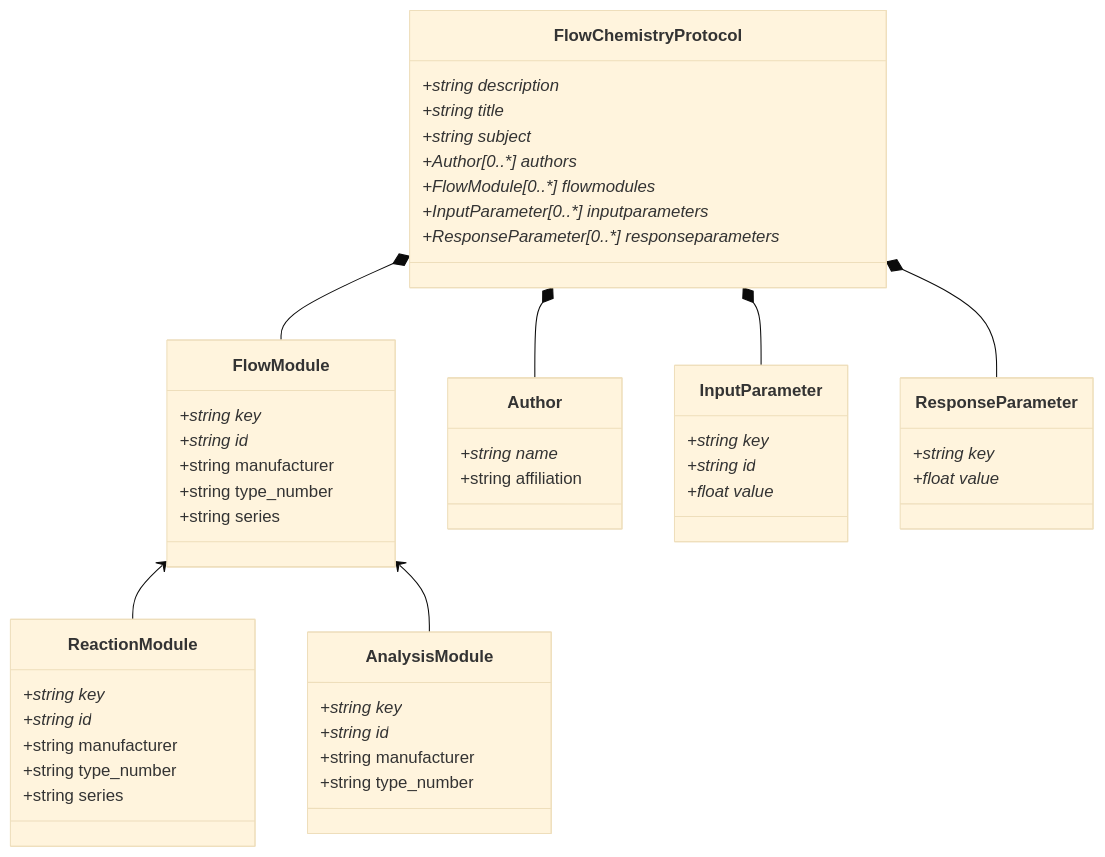
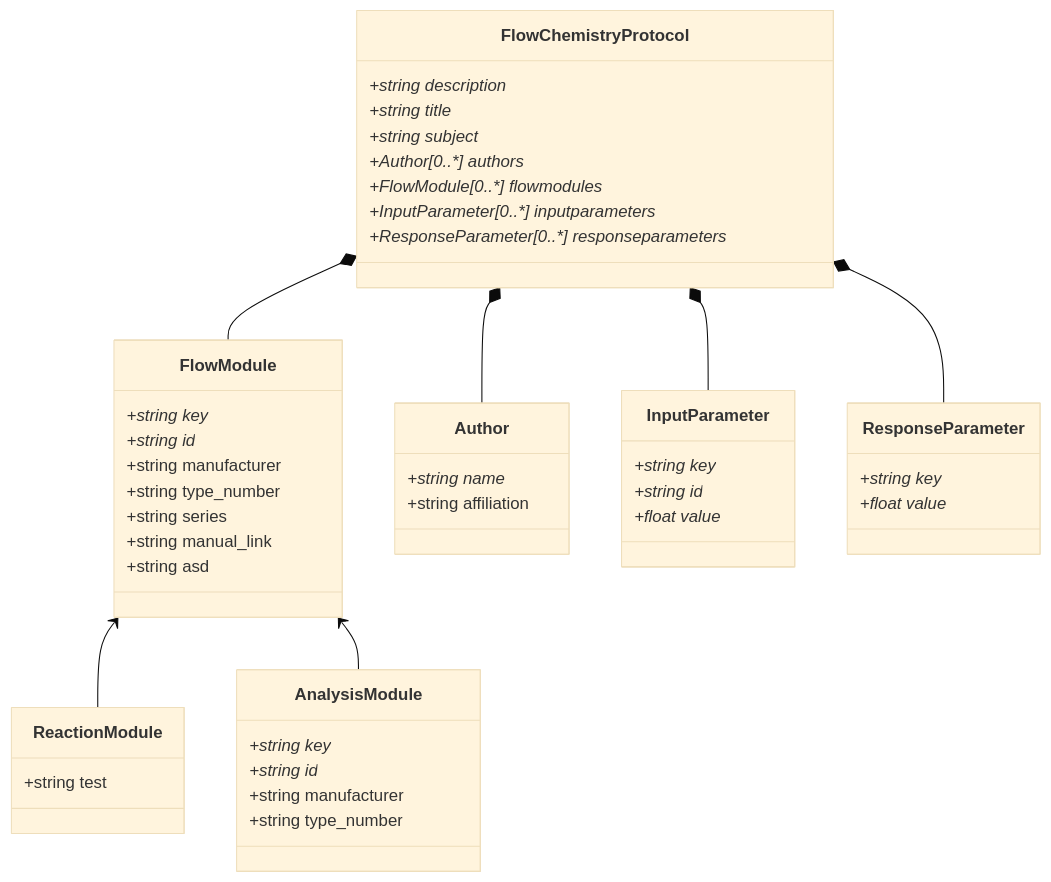
Before and after one commit to C-Kessler/sdrdm-flowchem-B2: the diagram in pyDataset/schemes/Dataset.md, drawn with Mermaid (base theme). The commit also changed 4 other files, not shown here.

````diff
--- a/pyDataset/schemes/Dataset.md
+++ b/pyDataset/schemes/Dataset.md
@@ -1,59 +1,57 @@
 ```mermaid
 classDiagram
     FlowModule <-- ReactionModule
     FlowModule <-- AnalysisModule
     FlowChemistryProtocol *-- Author
     FlowChemistryProtocol *-- FlowModule
     FlowChemistryProtocol *-- InputParameter
     FlowChemistryProtocol *-- ResponseParameter
     
     class FlowChemistryProtocol {
         +string description*
         +string title*
         +string subject*
         +Author[0..*] authors*
         +FlowModule[0..*] flowmodules*
         +InputParameter[0..*] inputparameters*
         +ResponseParameter[0..*] responseparameters*
     }
     
     class Author {
         +string name*
         +string affiliation
     }
     
     class FlowModule {
         +string key*
         +string id*
         +string manufacturer
         +string type_number
         +string series
+        +string manual_link
+        +string asd
     }
     
     class ReactionModule {
-        +string key*
-        +string id*
-        +string manufacturer
-        +string type_number
-        +string series
+        +string test
     }
     
     class AnalysisModule {
         +string key*
         +string id*
         +string manufacturer
         +string type_number
     }
     
     class InputParameter {
         +string key*
         +string id*
         +float value*
     }
     
     class ResponseParameter {
         +string key*
         +float value*
     }
     
 ```
````
